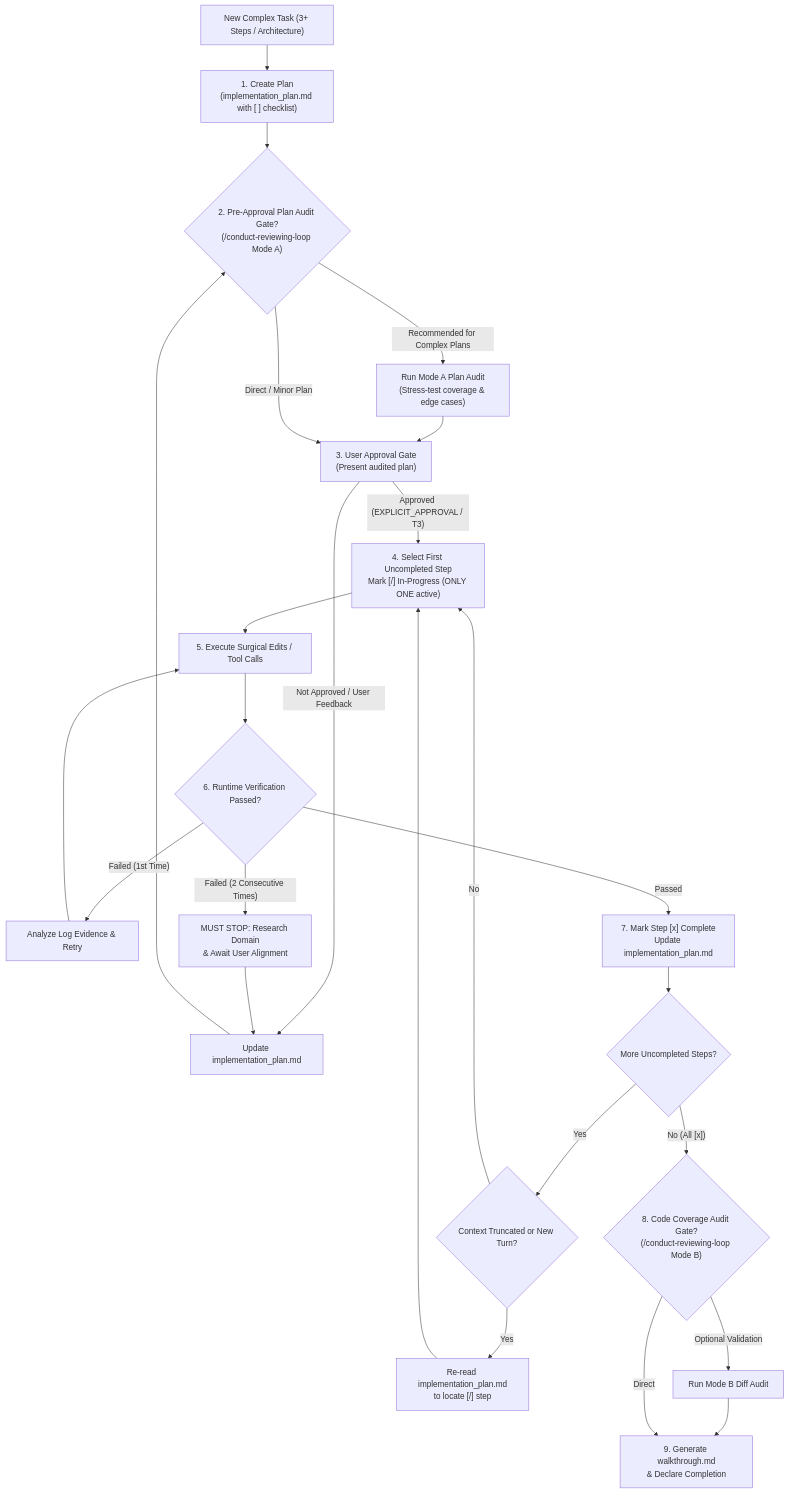
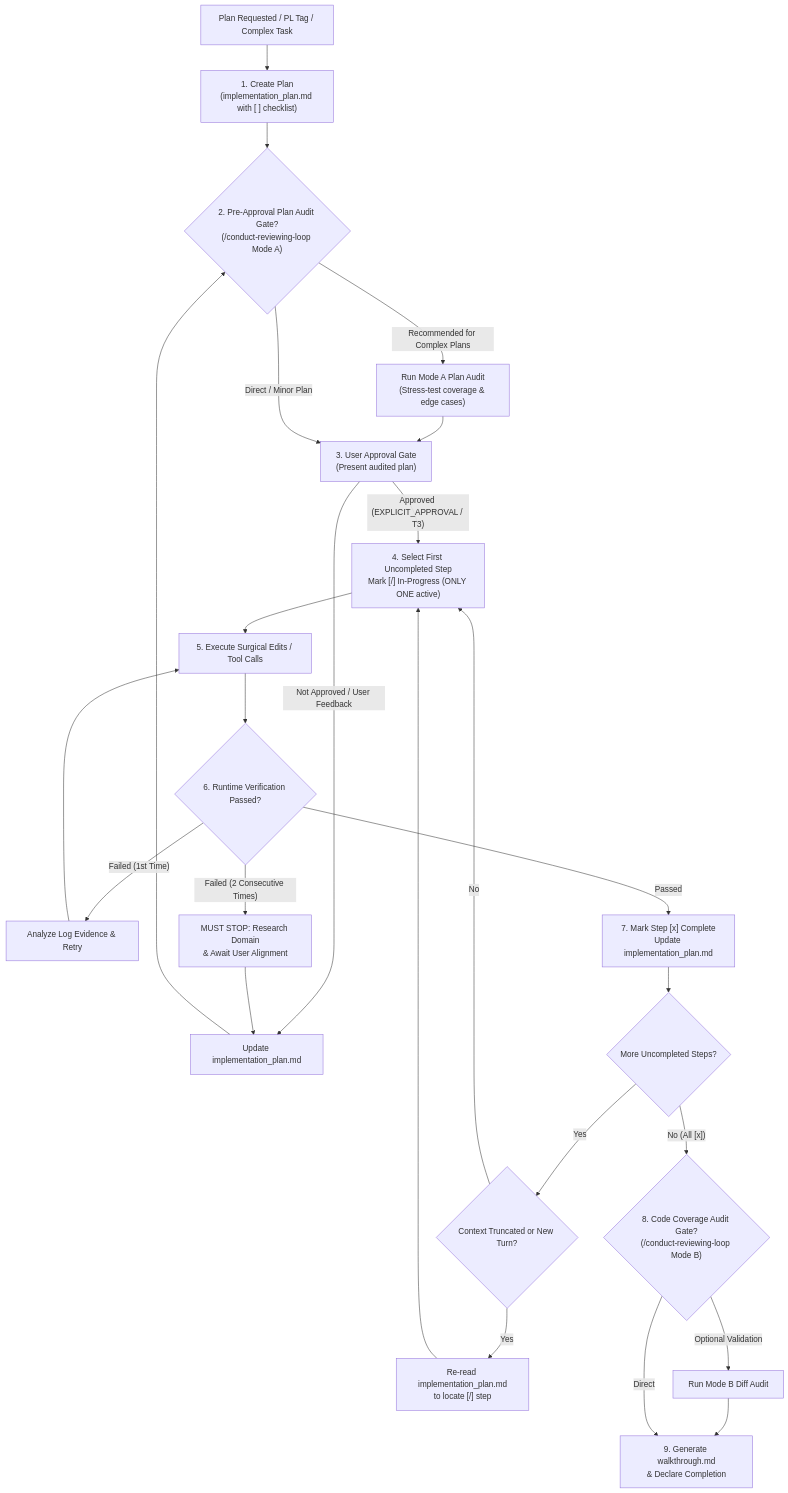
One commit to loerei/myskills changed the third of 10 diagrams in AGENTS.md. Above: the diagram before and after it, drawn with Mermaid. The commit also changed 1 other file, not shown here.

Commit message:
docs(policy): update Start node in Section 2 Mermaid flowchart to Plan Requested / PL Tag / Complex Task

````diff
--- a/AGENTS.md
+++ b/AGENTS.md
@@ -80,31 +80,31 @@
 ```mermaid
 flowchart TD
-    Start["New Complex Task (3+ Steps / Architecture)"] --> CreatePlan["1. Create Plan<br/>(implementation_plan.md with [ ] checklist)"]
+    Start["Plan Requested / PL Tag / Complex Task"] --> CreatePlan["1. Create Plan<br/>(implementation_plan.md with [ ] checklist)"]
     CreatePlan --> ModeAOption{"2. Pre-Approval Plan Audit Gate?<br/>(/conduct-reviewing-loop Mode A)"}
     
     ModeAOption -->|"Recommended for Complex Plans"| RunModeA["Run Mode A Plan Audit<br/>(Stress-test coverage & edge cases)"]
     RunModeA --> UserGate["3. User Approval Gate<br/>(Present audited plan)"]
     
     ModeAOption -->|"Direct / Minor Plan"| UserGate
     
     UserGate -->|"Not Approved / User Feedback"| RefinePlanDoc["Update implementation_plan.md"] --> ModeAOption
     
     UserGate -->|"Approved (EXPLICIT_APPROVAL / T3)"| SelectStep["4. Select First Uncompleted Step<br/>Mark [/] In-Progress (ONLY ONE active)"]
     
     SelectStep --> ExecuteStep["5. Execute Surgical Edits / Tool Calls"]
     ExecuteStep --> VerifyStep{"6. Runtime Verification Passed?"}
     
     VerifyStep -->|"Failed (1st Time)"| AnalyzeLog["Analyze Log Evidence & Retry"] --> ExecuteStep
     VerifyStep -->|"Failed (2 Consecutive Times)"| MustStop["MUST STOP: Research Domain<br/>& Await User Alignment"] --> RefinePlanDoc
     
     VerifyStep -->|"Passed"| MarkComplete["7. Mark Step [x] Complete<br/>Update implementation_plan.md"]
     
     MarkComplete --> CheckRemaining{"More Uncompleted Steps?"}
     CheckRemaining -->|"Yes"| ContextCheck{"Context Truncated or New Turn?"}
     ContextCheck -->|"Yes"| ReadPlan["Re-read implementation_plan.md<br/>to locate [/] step"] --> SelectStep
     ContextCheck -->|"No"| SelectStep
     
     CheckRemaining -->|"No (All [x])"| ModeBCheck{"8. Code Coverage Audit Gate?<br/>(/conduct-reviewing-loop Mode B)"}
     ModeBCheck -->|"Optional Validation"| RunModeB["Run Mode B Diff Audit"] --> FinalWalkthrough["9. Generate walkthrough.md<br/>& Declare Completion"]
     ModeBCheck -->|"Direct"| FinalWalkthrough
 ```
````
